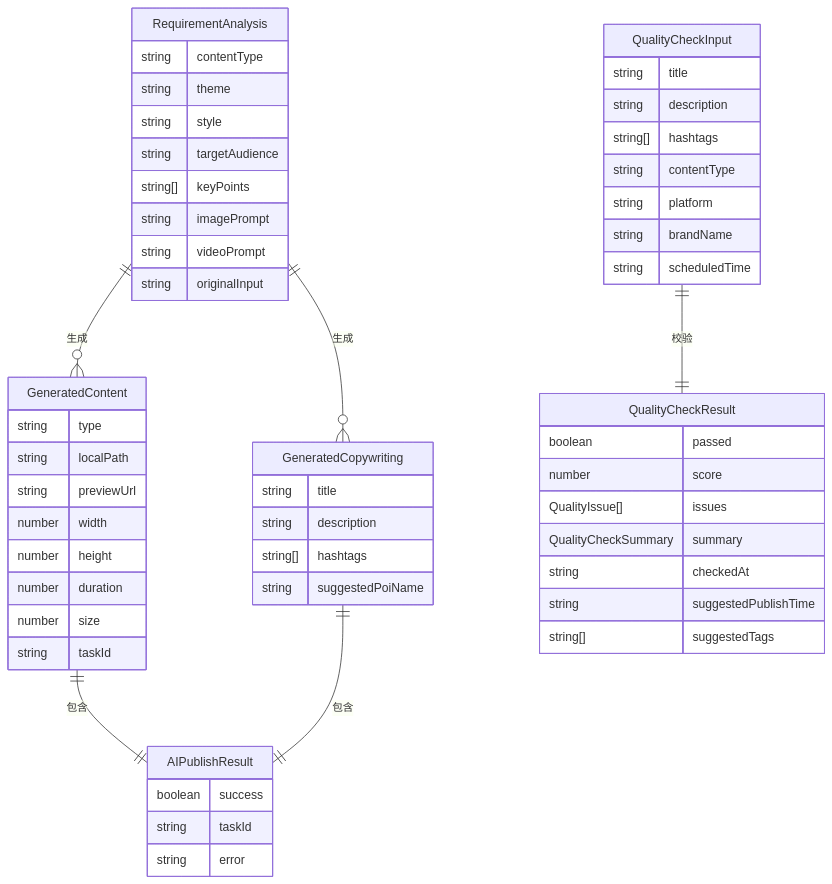
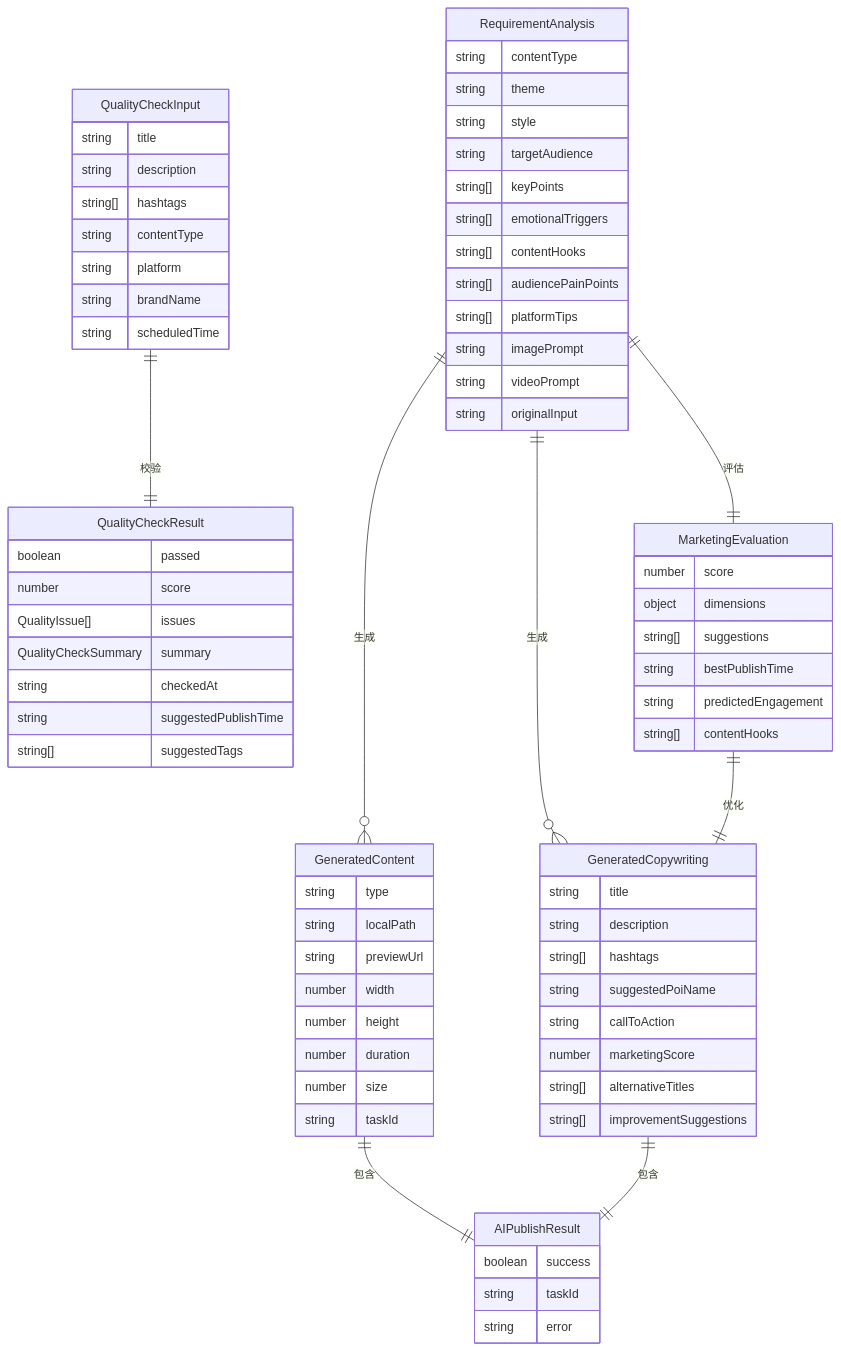
Diagram 19 of 21 in .qoder/repowiki/zh/content/核心模块详解/Web界面系统/AI创作页面.md (songdiyang/clawOperations), drawn with Mermaid before and after one commit. The commit also changed other lines of this file and 10 other files, not shown here.

````diff
--- a/.qoder/repowiki/zh/content/核心模块详解/Web界面系统/AI创作页面.md
+++ b/.qoder/repowiki/zh/content/核心模块详解/Web界面系统/AI创作页面.md
@@ -1106,57 +1293,75 @@
 ```mermaid
 erDiagram
 RequirementAnalysis {
 string contentType
 string theme
 string style
 string targetAudience
 string[] keyPoints
+string[] emotionalTriggers
+string[] contentHooks
+string[] audiencePainPoints
+string[] platformTips
 string imagePrompt
 string videoPrompt
 string originalInput
 }
 GeneratedContent {
 string type
 string localPath
 string previewUrl
 number width
 number height
 number duration
 number size
 string taskId
 }
 GeneratedCopywriting {
 string title
 string description
 string[] hashtags
 string suggestedPoiName
+string callToAction
+number marketingScore
+string[] alternativeTitles
+string[] improvementSuggestions
+}
+MarketingEvaluation {
+number score
+object dimensions
+string[] suggestions
+string bestPublishTime
+string predictedEngagement
+string[] contentHooks
 }
 AIPublishResult {
 boolean success
 string taskId
 string error
 }
 QualityCheckInput {
 string title
 string description
 string[] hashtags
 string contentType
 string platform
 string brandName
 string scheduledTime
 }
 QualityCheckResult {
 boolean passed
 number score
 QualityIssue[] issues
 QualityCheckSummary summary
 string checkedAt
 string suggestedPublishTime
 string[] suggestedTags
 }
 RequirementAnalysis ||--o{ GeneratedContent : "生成"
 RequirementAnalysis ||--o{ GeneratedCopywriting : "生成"
+RequirementAnalysis ||--|| MarketingEvaluation : "评估"
 GeneratedContent ||--|| AIPublishResult : "包含"
 GeneratedCopywriting ||--|| AIPublishResult : "包含"
 QualityCheckInput ||--|| QualityCheckResult : "校验"
+MarketingEvaluation ||--|| GeneratedCopywriting : "优化"
 ```
````
